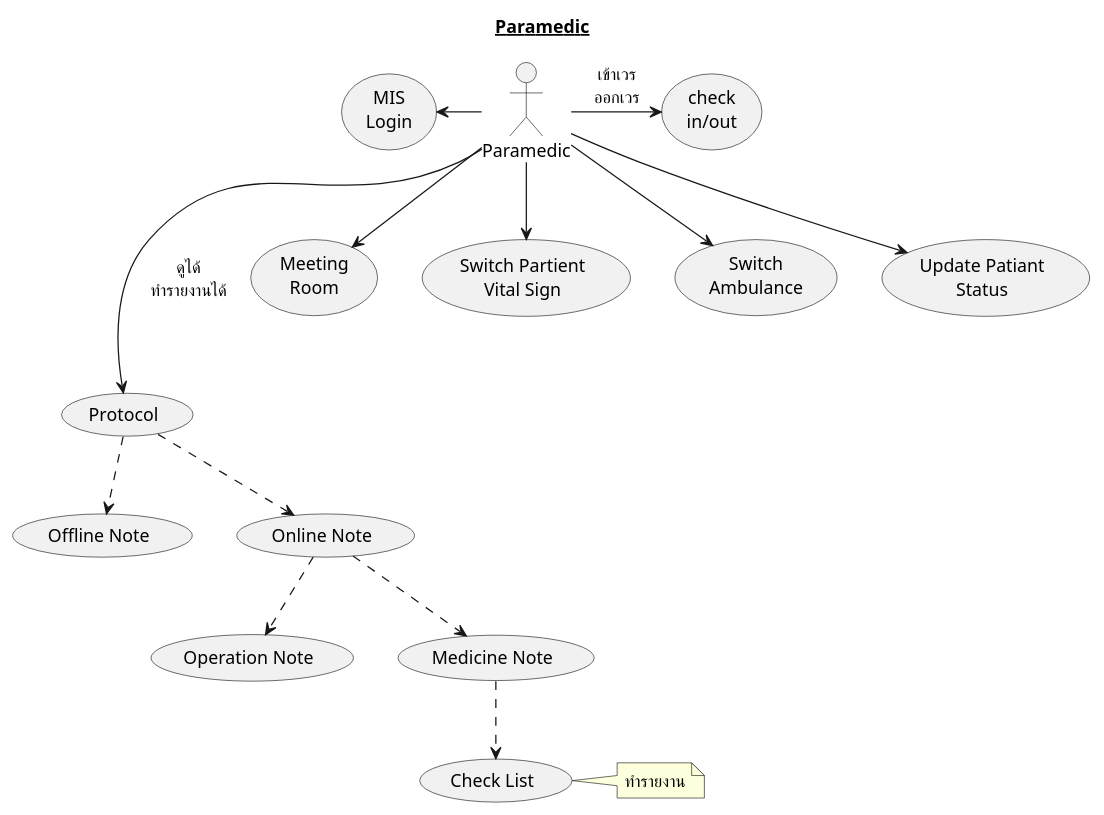
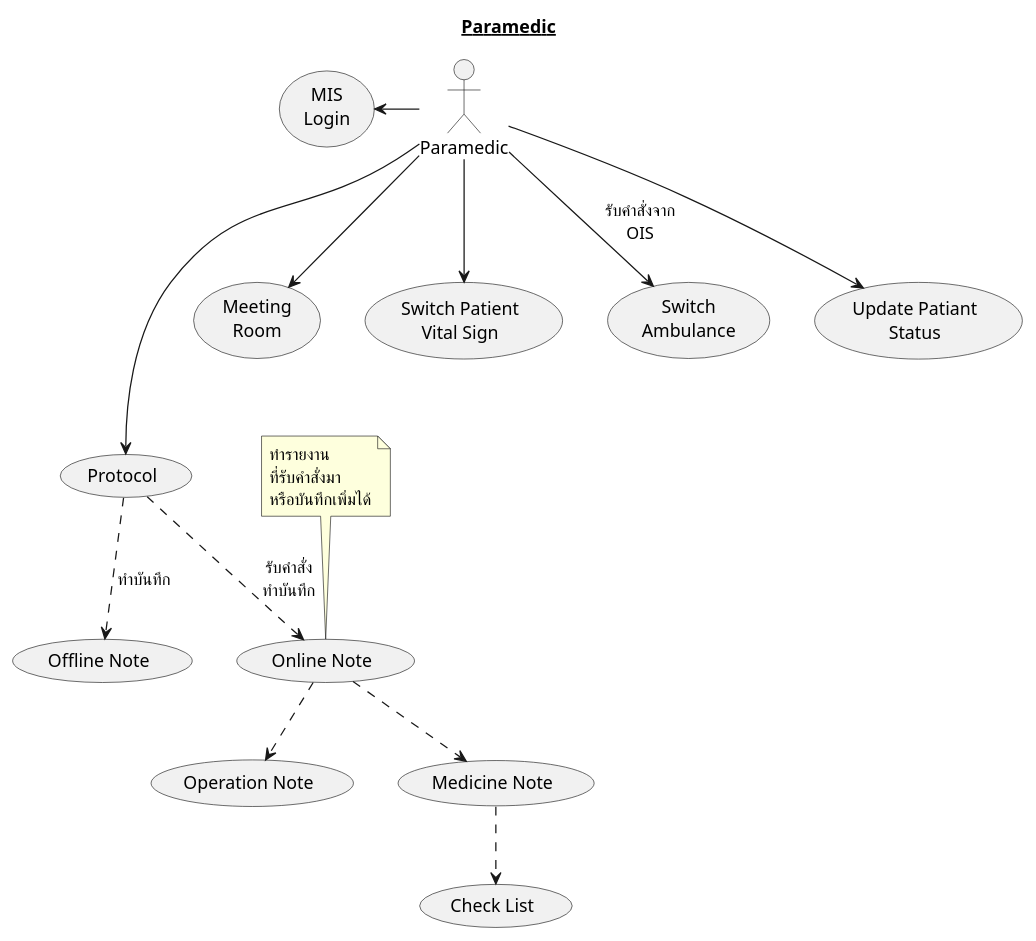
Before and after one commit to lionants02/mis-api-doc: the diagram in uml/scenario_Paramedic.plantuml, drawn with PlantUML. The commit also changed 14 other files, not shown here.

Commit message:
update diagram

```diff
--- a/uml/scenario_Paramedic.plantuml
+++ b/uml/scenario_Paramedic.plantuml
@@ -1,34 +1,32 @@
 @startuml
 Title __Paramedic__
   :Paramedic: as Paramedic
 
   usecase (Protocol) as Protocol
   usecase (Offline Note) as Offline
   usecase (Online Note) as Online
   usecase (Operation Note) as Ops
   usecase (Medicine Note) as Med
   usecase (Check List) as Check
-  Protocol ..> Offline
-  Protocol ..> Online
+  Protocol ..> Offline : ทำบันทึก
+  Protocol ..> Online : รับคำสั่ง\nทำบันทึก
+  note top of Online : ทำรายงาน\nที่รับคำสั่งมา\nหรือบันทึกเพิ่มได้
   Online ..> Ops
   Online ..> Med
   Med ..> Check
 
-  usecase (check\nin/out) as checkIn
   usecase (MIS\nLogin) as MISLogin
   usecase (Meeting\nRoom) as MeetingRoom
 
-  usecase (Switch Partient\nVital Sign) as SwitchVS
+  usecase (Switch Patient\nVital Sign) as SwitchVS
   usecase (Switch\nAmbulance) as SwitchAmbulance
   usecase (Update Patiant\nStatus) as UpdatePatiantStatus
 
-  Paramedic -right-> checkIn : เข้าเวร\nออกเวร
   Paramedic -left-> MISLogin
   Paramedic --> MeetingRoom
   Paramedic --> SwitchVS
-  Paramedic --> SwitchAmbulance
+  Paramedic --> SwitchAmbulance: รับคำสั่งจาก\nOIS
   Paramedic --> UpdatePatiantStatus
-  Paramedic ---> Protocol: ดูได้\nทำรายงานได้
-  note right of Check : ทำรายงาน
+  Paramedic ---> Protocol
 
 @enduml
```
